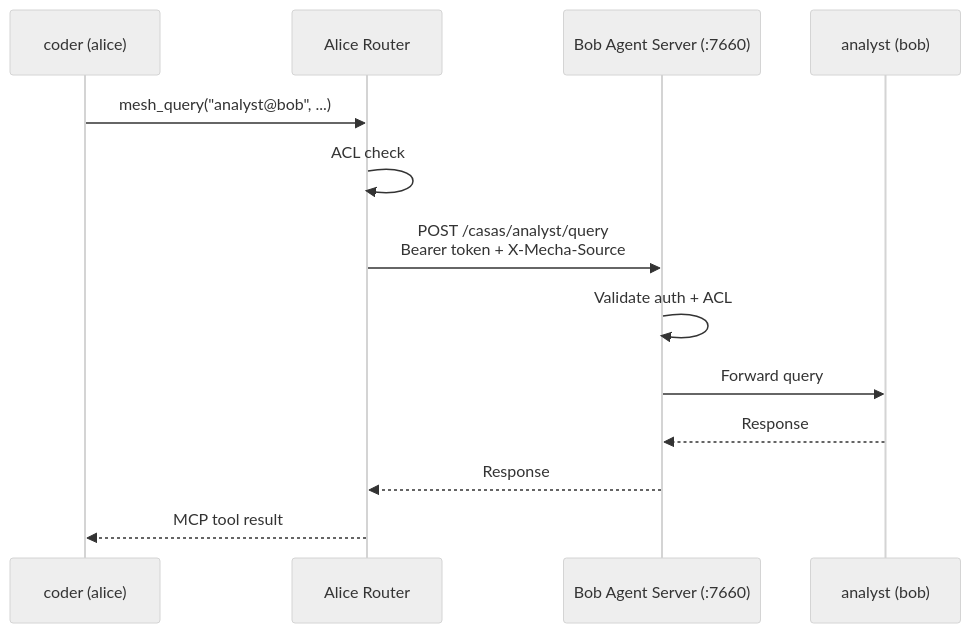
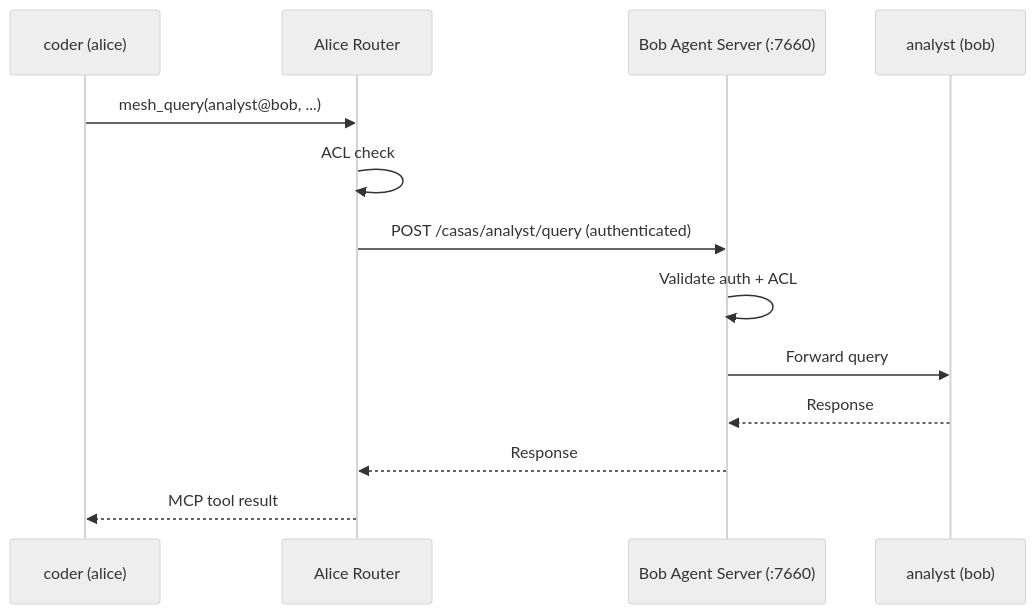
The fourth of 4 diagrams in website/docs/features/mesh-networking.md (johnloveworld2022-ops/mecha.im), drawn with Mermaid (neutral theme) before and after one commit. The commit also changed other lines of this file and 16 other files, not shown here.

First line of the commit message:
docs: fix accuracy issues, mermaid v11 syntax, and casa command prefixes

````diff
--- a/website/docs/features/mesh-networking.md
+++ b/website/docs/features/mesh-networking.md
@@ -167,16 +162,16 @@
 ```mermaid
 sequenceDiagram
     participant coder as coder (alice)
     participant router as Alice Router
     participant agent as Bob Agent Server (:7660)
     participant analyst as analyst (bob)
 
-    coder->>router: mesh_query("analyst@bob", ...)
+    coder->>router: mesh_query(analyst@bob, ...)
     router->>router: ACL check
-    router->>agent: POST /casas/analyst/query<br/>Bearer token + X-Mecha-Source
+    router->>agent: POST /casas/analyst/query (authenticated)
     agent->>agent: Validate auth + ACL
     agent->>analyst: Forward query
     analyst-->>agent: Response
     agent-->>router: Response
     router-->>coder: MCP tool result
 ```
````
